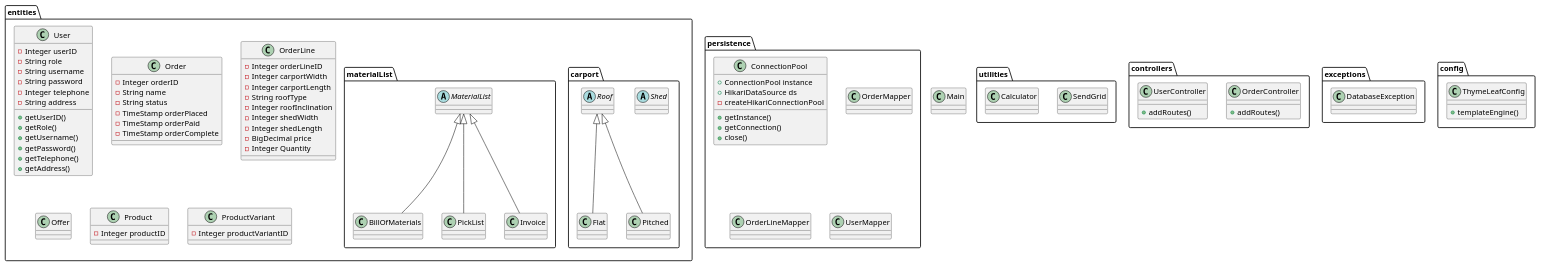
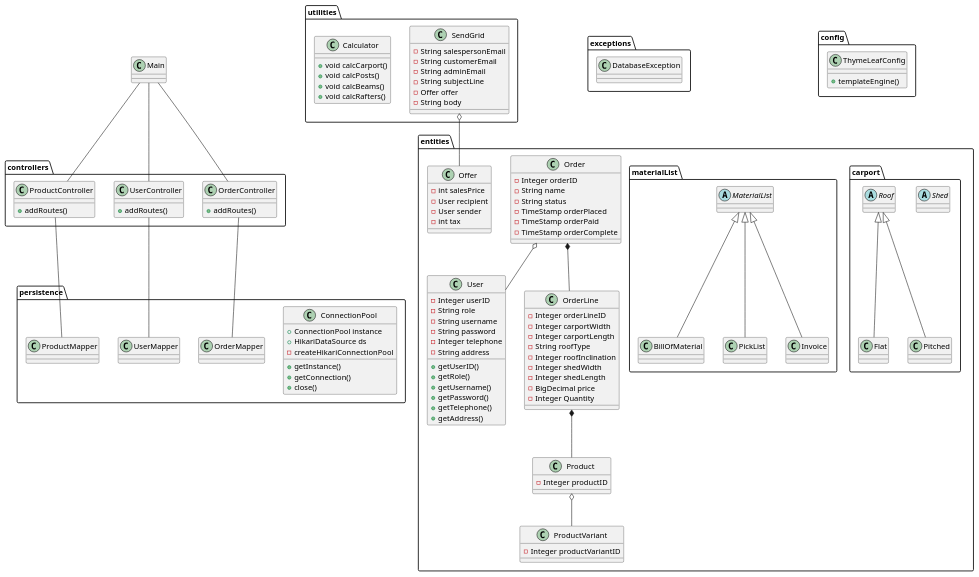
The diagram in docs/classDiagramV1.puml (mridrisisci/fog-projekt), drawn with PlantUML before and after one commit. The commit also changed 2 other files, not shown here.

Commit message:
opdateret lidt i classdiagram

```diff
--- a/docs/classDiagramV1.puml
+++ b/docs/classDiagramV1.puml
@@ -1,111 +1,172 @@
 @startuml
 'https://plantuml.com/class-diagram
 
 
-class Main
-
-package utilities{
-class SendGrid
-class Calculator
+class Main {
 }
 
-package controllers{
-class OrderController{
-+ addRoutes()
-}
-class UserController{
-+ addRoutes()
-}
+package utilities {
+    class SendGrid
+    {
+    - String salespersonEmail
+    - String customerEmail
+    - String adminEmail
+    - String subjectLine
+    - Offer offer
+    - String body
+    }
+    class Calculator
+    {
+    + void calcCarport()
+    + void calcPosts()
+    + void calcBeams()
+    + void calcRafters()
+    }
 }
 
-package entities{
-class User{
--Integer userID
--String role
--String username
--String password
--Integer telephone
--String address
+package controllers {
+    class OrderController {
+    + addRoutes()
+    }
 
-+ getUserID()
-+ getRole()
-+ getUsername()
-+ getPassword()
-+ getTelephone()
-+ getAddress()
-}
-class Order{
--Integer orderID
--String name
--String status
--TimeStamp orderPlaced
--TimeStamp orderPaid
--TimeStamp orderComplete
-}
-class OrderLine{
--Integer orderLineID
--Integer carportWidth
--Integer carportLength
--String roofType
--Integer roofInclination
--Integer shedWidth
--Integer shedLength
--BigDecimal price
--Integer Quantity
-}
-class Offer
-class Product{
--Integer productID
-}
-class ProductVariant{
--Integer productVariantID
+    class UserController {
+    + addRoutes()
+    }
+    class ProductController {
+    + addRoutes()
+    }
 }
 
-package carport{
-abstract class Shed
-abstract class Roof
-class Flat
-class Pitched
-}
+package entities {
+    class User{
+    -Integer userID
+    -String role
+    -String username
+    -String password
+    -Integer telephone
+    -String address
 
-package materialList{
+    + getUserID()
+    + getRole()
+    + getUsername()
+    + getPassword()
+    + getTelephone()
+    + getAddress()
+    }
+
+    class Order {
+    -Integer orderID
+    -String name
+    -String status
+    -TimeStamp orderPlaced
+    -TimeStamp orderPaid
+    -TimeStamp orderComplete
+    }
+
+    class OrderLine {
+    -Integer orderLineID
+    -Integer carportWidth
+    -Integer carportLength
+    -String roofType
+    -Integer roofInclination
+    -Integer shedWidth
+    -Integer shedLength
+    -BigDecimal price
+    -Integer Quantity
+    }
+
+    class Offer
+    {
+    - int salesPrice
+    - User recipient
+    - User sender
+    - int tax
+    }
+
+    class Product {
+    -Integer productID
+    }
+
+    class ProductVariant {
+    -Integer productVariantID
+    }
+
+package carport {
+    abstract class Shed
+    {
+    }
+
+    abstract class Roof
+    {
+    }
+    class Flat
+    {
+    }
+    class Pitched
+    }
+
+package materialList {
 abstract class MaterialList
-class BillOfMaterials
+class BillOfMaterial
 class PickList
 class Invoice
 }
 }
 
-package exceptions{
-class DatabaseException
+package exceptions {
+    class DatabaseException
+    {
+    }
 }
 
-package persistence{
-class ConnectionPool{
-+ConnectionPool instance
-+HikariDataSource ds
-'Ved ikke om de skal være static eller ej^
-+getInstance()
-+getConnection()
-+close()
--createHikariConnectionPool
-}
-class OrderMapper
-class OrderLineMapper
-class UserMapper
+package persistence {
+    class ConnectionPool {
+    +ConnectionPool instance
+    +HikariDataSource ds
+    'Ved ikke om de skal være static eller ej^
+    +getInstance()
+    +getConnection()
+    +close()
+    -createHikariConnectionPool
+    }
+
+    class OrderMapper {
+    }
+
+    class ProductMapper {
+    }
+
+    class UserMapper {
+    }
 }
 
-package config{
-class ThymeLeafConfig{
+package config {
+class ThymeLeafConfig {
 + templateEngine()
 }
 }
 
-MaterialList <|-- BillOfMaterials
+Main -- OrderController
+Main -- ProductController
+Main -- UserController
+
+OrderController -- OrderMapper
+ProductController -- ProductMapper
+UserController -- UserMapper
+
+Order *-- OrderLine
+Order o-- User
+OrderLine *-- Product
+
+Product o-- ProductVariant
+
+SendGrid o-- Offer
+
+MaterialList <|-- BillOfMaterial
 MaterialList <|-- PickList
 MaterialList <|-- Invoice
 
 Roof <|-- Flat
 Roof <|-- Pitched
 
 @enduml
```
